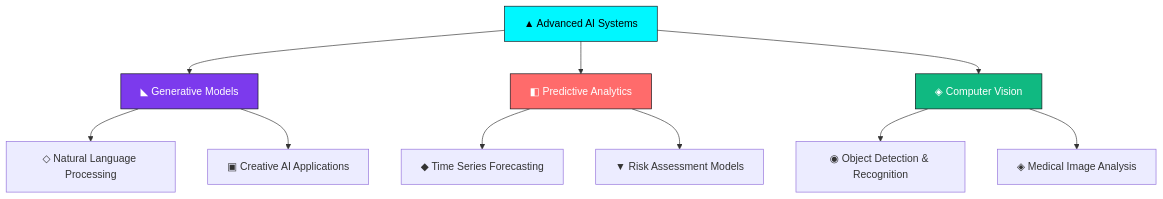
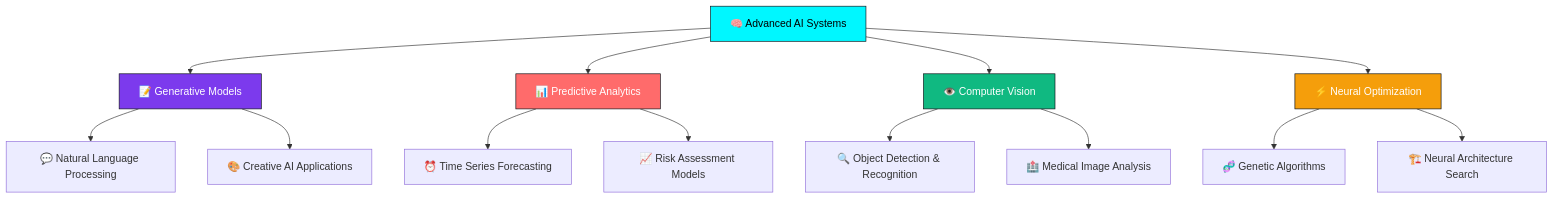
The diagram in README.md (StrataMind/StrataMind), drawn with Mermaid before and after one commit. The commit also changed other lines of this file, not shown here.

````diff
--- a/README.md
+++ b/README.md
@@ -111,20 +115,25 @@
 ```mermaid
 graph TD
-    A[▲ Advanced AI Systems] --> B[◣ Generative Models]
-    A --> C[◧ Predictive Analytics]
-    A --> D[◈ Computer Vision]
+    A[🧠 Advanced AI Systems] --> B[📝 Generative Models]
+    A --> C[📊 Predictive Analytics]
+    A --> D[👁️ Computer Vision]
+    A --> E[⚡ Neural Optimization]
     
-    B --> E[◇ Natural Language Processing] 
-    B --> F[▣ Creative AI Applications]
+    B --> F[💬 Natural Language Processing] 
+    B --> G[🎨 Creative AI Applications]
     
-    C --> G[◆ Time Series Forecasting]
-    C --> H[▼ Risk Assessment Models]
+    C --> H[⏰ Time Series Forecasting]
+    C --> I[📈 Risk Assessment Models]
     
-    D --> I[◉ Object Detection & Recognition]
-    D --> J[◈ Medical Image Analysis]
+    D --> J[🔍 Object Detection & Recognition]
+    D --> K[🏥 Medical Image Analysis]
+    
+    E --> L[🧬 Genetic Algorithms]
+    E --> M[🏗️ Neural Architecture Search]
     
     style A fill:#00f7ff,stroke:#0d1117,color:#000
     style B fill:#7c3aed,stroke:#0d1117,color:#fff
     style C fill:#ff6b6b,stroke:#0d1117,color:#fff
     style D fill:#10b981,stroke:#0d1117,color:#fff
+    style E fill:#f59e0b,stroke:#0d1117,color:#fff
 ```
````
